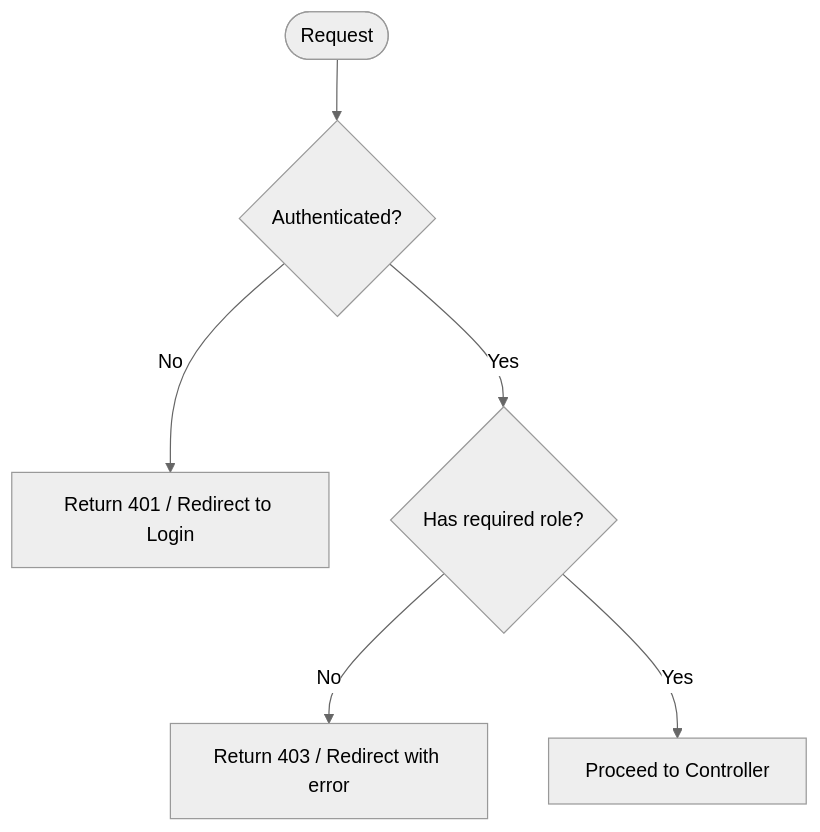
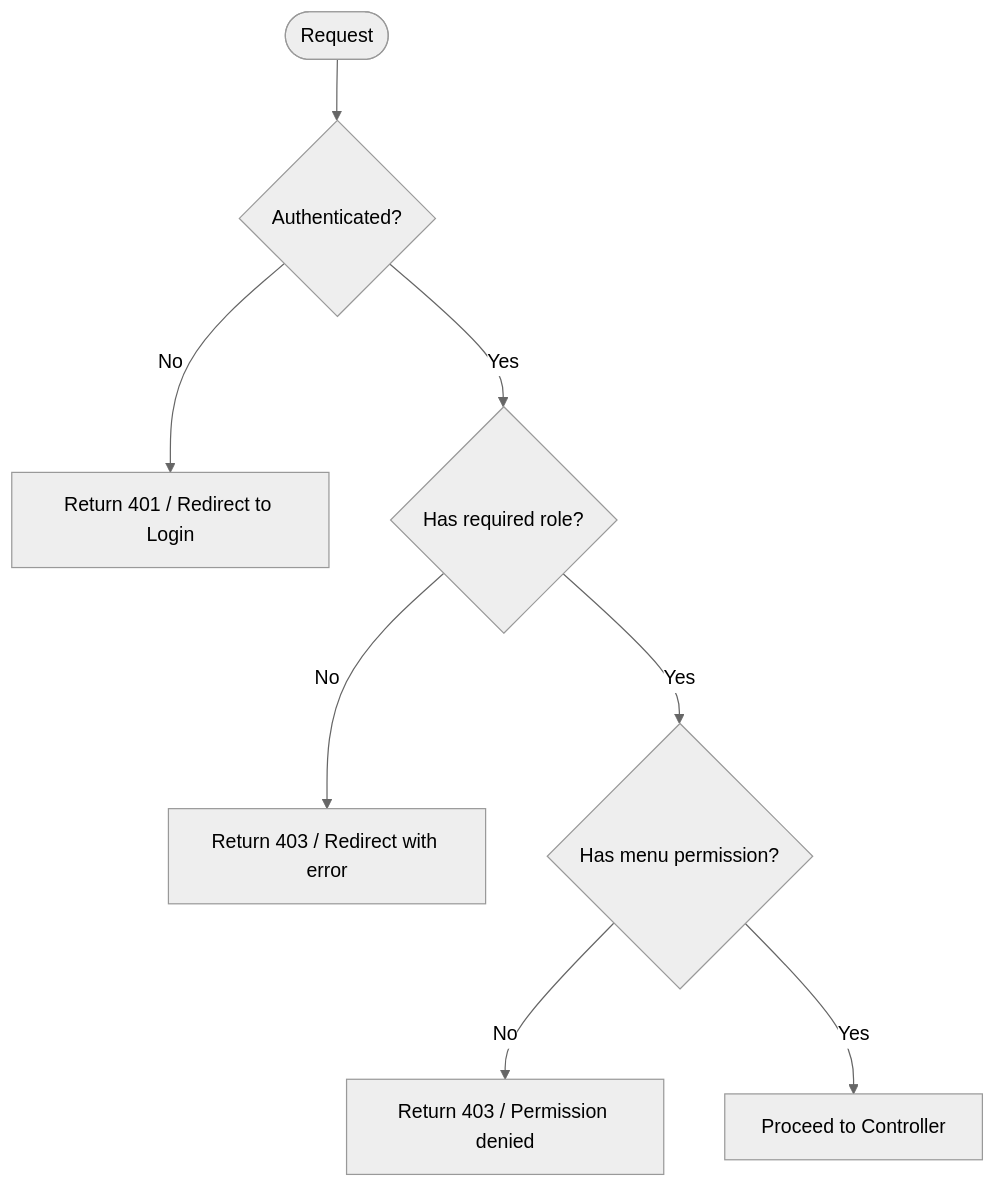
The fourth of 11 diagrams in .qoder/repowiki/en/content/System Architecture/Security Architecture.md (mahbub095/bus-app), drawn with Mermaid (neutral theme) before and after one commit. The commit also changed other lines of this file and 119 other files, not shown here.

````diff
--- a/.qoder/repowiki/en/content/System Architecture/Security Architecture.md
+++ b/.qoder/repowiki/en/content/System Architecture/Security Architecture.md
@@ -267,8 +295,10 @@
 ```mermaid
 flowchart TD
 Start(["Request"]) --> CheckAuth{"Authenticated?"}
 CheckAuth --> |No| Return401["Return 401 / Redirect to Login"]
 CheckAuth --> |Yes| CheckRole{"Has required role?"}
 CheckRole --> |No| Return403["Return 403 / Redirect with error"]
-CheckRole --> |Yes| Next["Proceed to Controller"]
+CheckRole --> |Yes| CheckPerm{"Has menu permission?"}
+CheckPerm --> |No| Return403Perm["Return 403 / Permission denied"]
+CheckPerm --> |Yes| Next["Proceed to Controller"]
 ```
````
